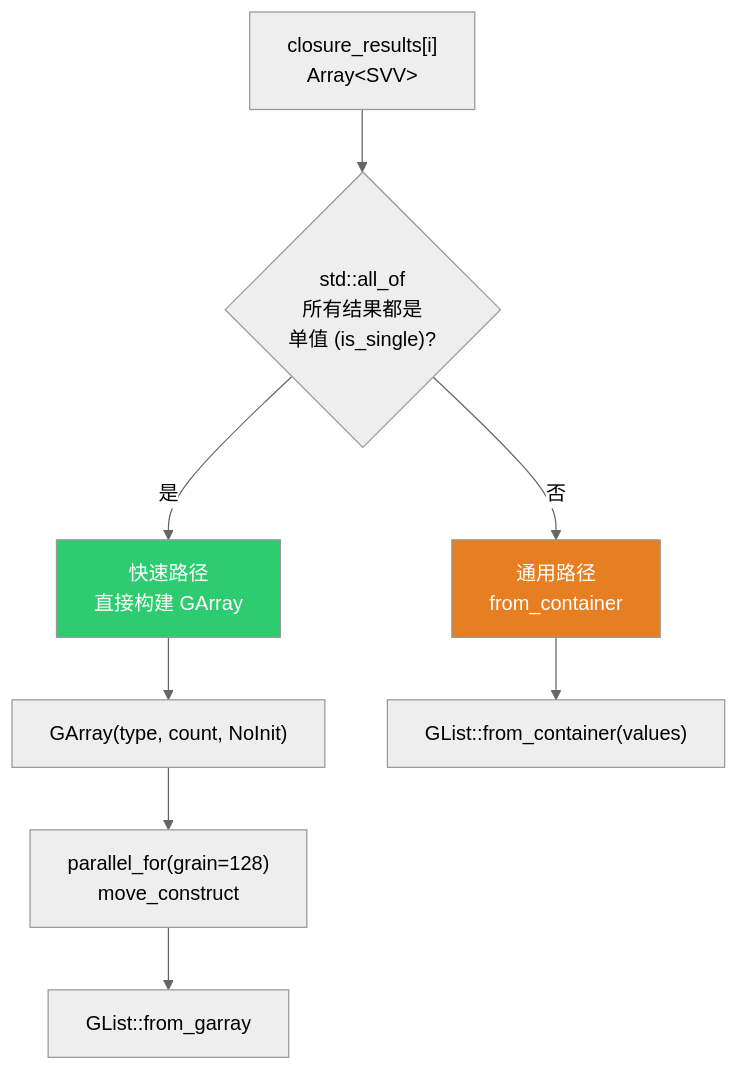
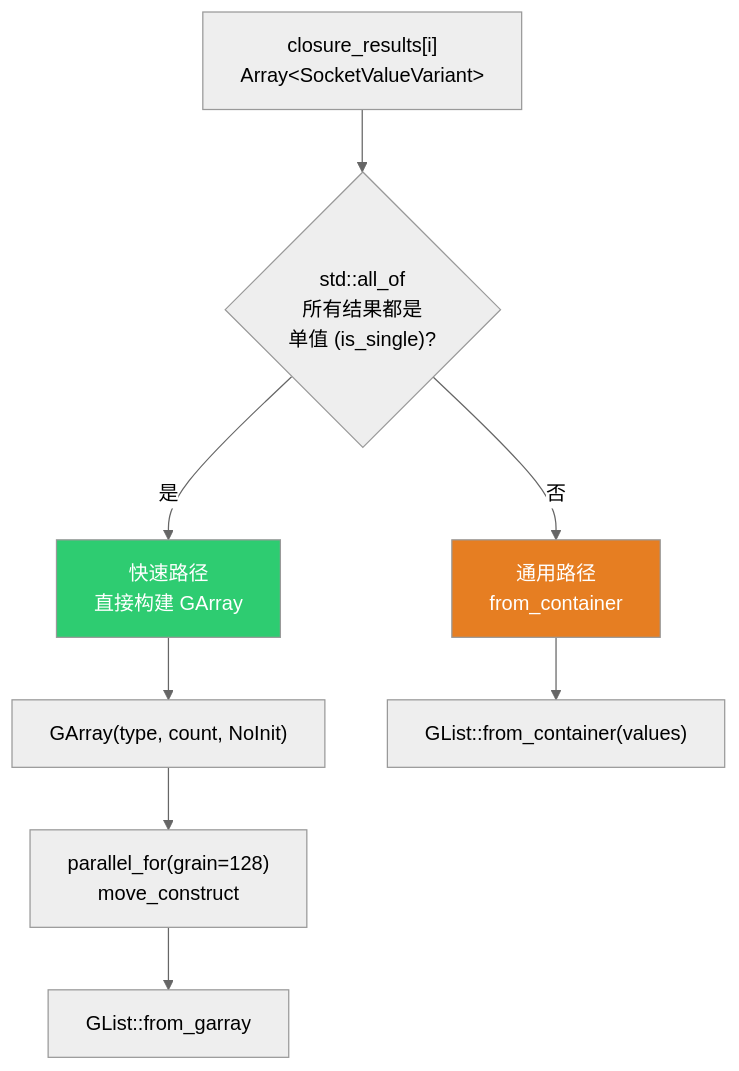
Diagram 18 of 34 in 杂/markdown/几何节点-列表/09-ClosureToList节点.md (yunkezengren/blender-.vscode), drawn with Mermaid (neutral theme) before and after one commit. The commit also changed other lines of this file and 8 other files, not shown here.

````diff
--- a/杂/markdown/几何节点-列表/09-ClosureToList节点.md
+++ b/杂/markdown/几何节点-列表/09-ClosureToList节点.md
@@ -1109,18 +1109,18 @@
 ```mermaid
 flowchart TD
-    Results["closure_results[i]<br/>Array&lt;SVV&gt;"]
+    Results["closure_results[i]<br/>Array&lt;SocketValueVariant&gt;"]
 
     Results --> Check{"std::all_of<br/>所有结果都是<br/>单值 (is_single)?"}
 
     Check -->|"是"| FastPath["快速路径<br/>直接构建 GArray"]
     Check -->|"否"| SlowPath["通用路径<br/>from_container"]
 
     FastPath --> Step1["GArray(type, count, NoInit)"]
     Step1 --> Step2["parallel_for(grain=128)<br/>move_construct"]
     Step2 --> Step3["GList::from_garray"]
 
     SlowPath --> Step4["GList::from_container(values)"]
 
     style FastPath fill:#2ecc71,color:#fff
     style SlowPath fill:#e67e22,color:#fff
 ```
````
